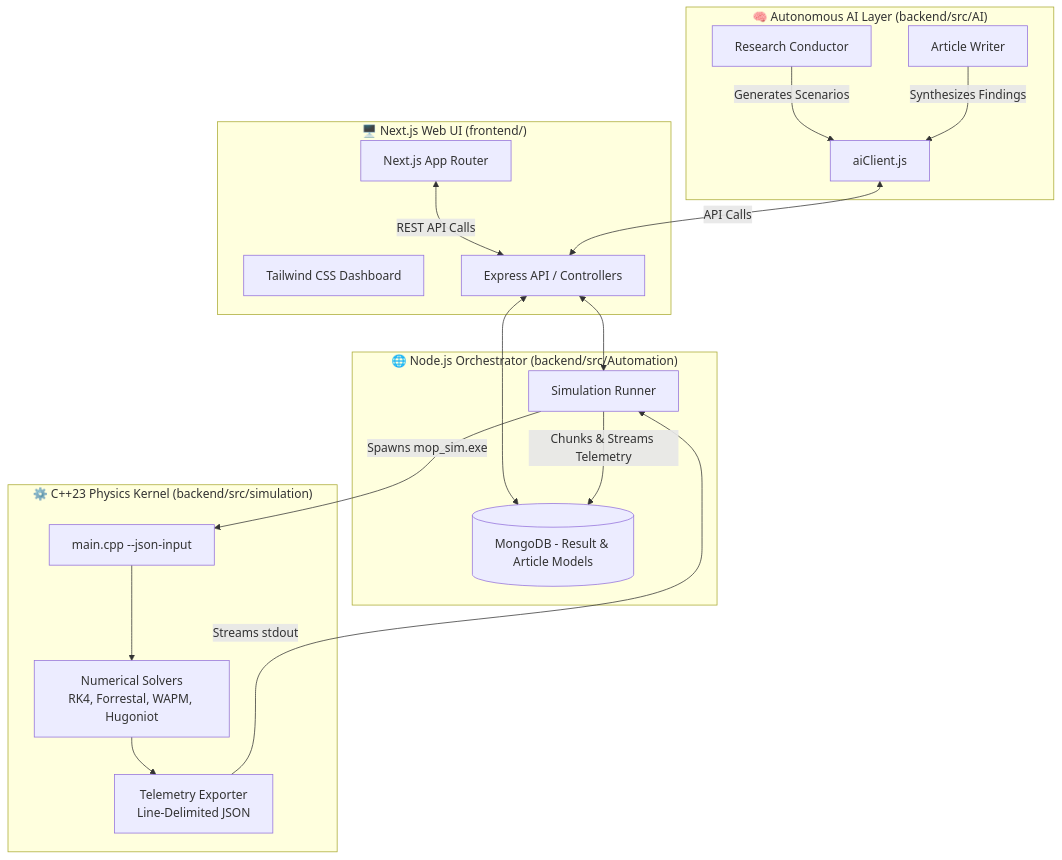
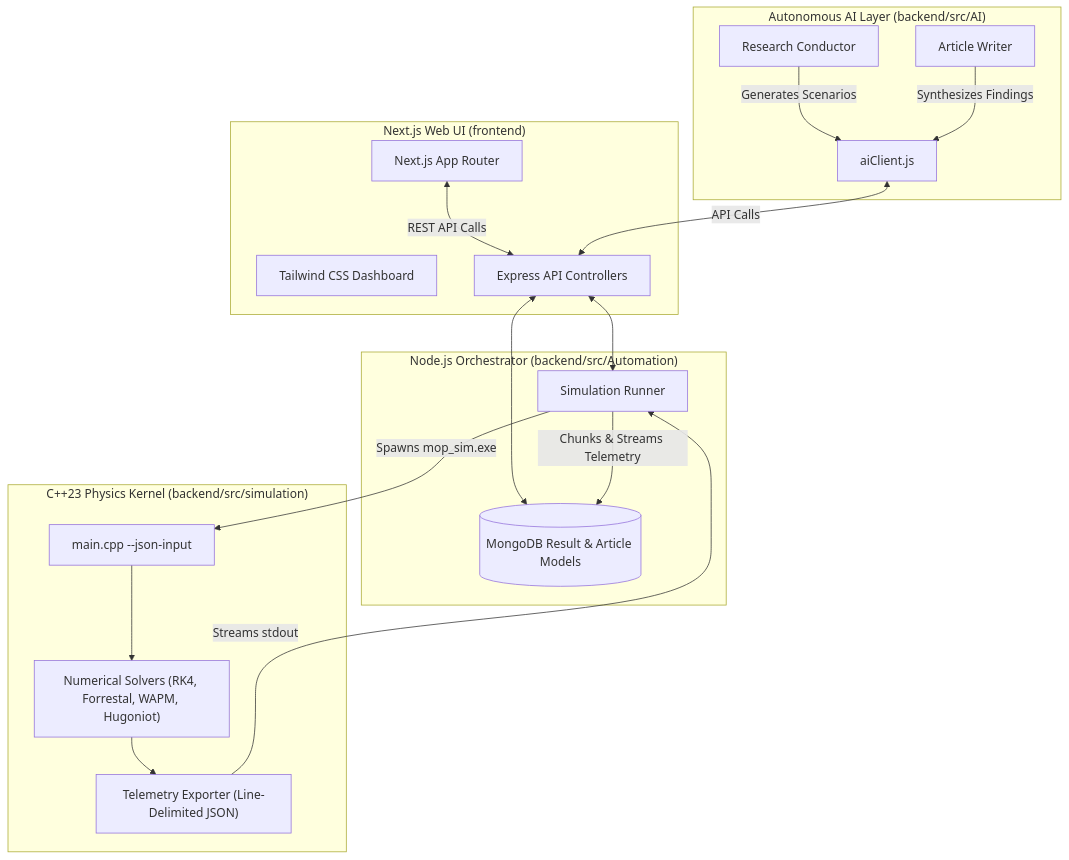
One commit to omid2007hope/MOP-Simulator changed the first of 2 diagrams in README.md. Above: the diagram before and after it, drawn with Mermaid. The commit also changed other lines of this file, not shown here.

Commit message:
docs: clean up emojis and syntax in README mermaid diagrams

````diff
--- a/README.md
+++ b/README.md
@@ -42,33 +42,33 @@
 ```mermaid
 flowchart TD
-    subgraph Frontend["🖥️ Next.js Web UI (frontend/)"]
-        UI1[Next.js App Router]
-        UI2[Tailwind CSS Dashboard]
+    subgraph Frontend ["Next.js Web UI (frontend)"]
+        UI1["Next.js App Router"]
+        UI2["Tailwind CSS Dashboard"]
         UI1 <-->|REST API Calls| N1
     end
 
-    subgraph NodeLayer["🌐 Node.js Orchestrator (backend/src/Automation)"]
-        N1[Express API / Controllers]
-        N2[Simulation Runner]
-        N3[(MongoDB - Result & Article Models)]
+    subgraph NodeLayer ["Node.js Orchestrator (backend/src/Automation)"]
+        N1["Express API Controllers"]
+        N2["Simulation Runner"]
+        N3[("MongoDB Result & Article Models")]
         N1 <--> N2
         N1 <--> N3
         N2 -->|Chunks & Streams Telemetry| N3
     end
 
-    subgraph AILayer["🧠 Autonomous AI Layer (backend/src/AI)"]
-        A1[Research Conductor] -->|Generates Scenarios| A2[aiClient.js]
-        A3[Article Writer] -->|Synthesizes Findings| A2
+    subgraph AILayer ["Autonomous AI Layer (backend/src/AI)"]
+        A1["Research Conductor"] -->|Generates Scenarios| A2["aiClient.js"]
+        A3["Article Writer"] -->|Synthesizes Findings| A2
         A2 <-->|API Calls| N1
     end
 
-    subgraph CppLayer["⚙️ C++23 Physics Kernel (backend/src/simulation)"]
-        C1[main.cpp --json-input]
-        C2[Numerical Solvers<br/>RK4, Forrestal, WAPM, Hugoniot]
-        C3[Telemetry Exporter<br/>Line-Delimited JSON]
+    subgraph CppLayer ["C++23 Physics Kernel (backend/src/simulation)"]
+        C1["main.cpp --json-input"]
+        C2["Numerical Solvers (RK4, Forrestal, WAPM, Hugoniot)"]
+        C3["Telemetry Exporter (Line-Delimited JSON)"]
         N2 -->|Spawns mop_sim.exe| C1
         C1 --> C2
         C2 --> C3
         C3 -->|Streams stdout| N2
     end
 ```
````
